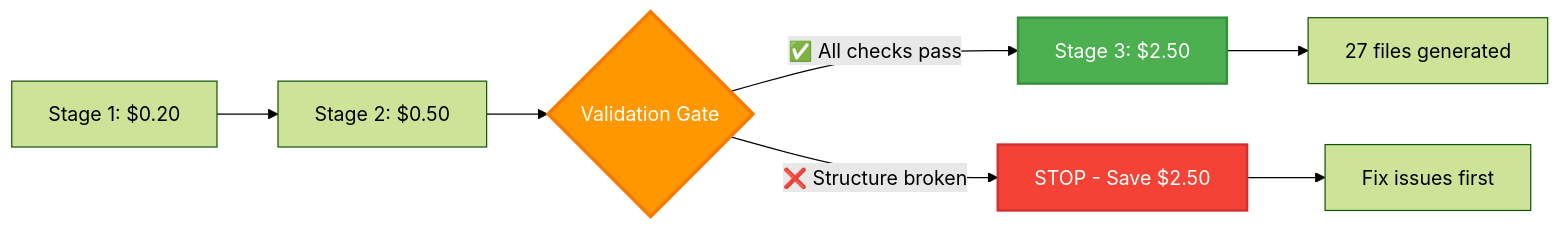
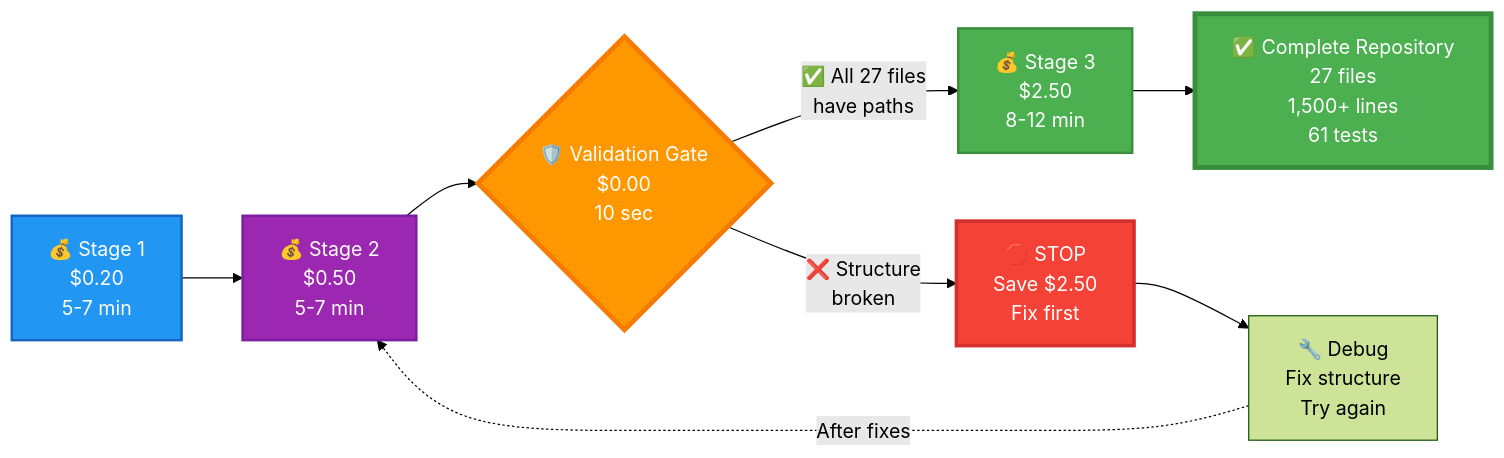
One commit to DivyamTalwar/BLUEPRINT changed the fifth of 6 diagrams in README.md. Above: the diagram before and after it, drawn with Mermaid (forest theme). The commit also changed other lines of this file, not shown here.

````diff
--- a/README.md
+++ b/README.md
@@ -244,15 +394,19 @@
 ```mermaid
 graph LR
-    A[Stage 1: $0.20] --> B[Stage 2: $0.50]
-    B --> C{Validation Gate}
+    A[💰 Stage 1<br/>$0.20<br/>5-7 min] --> B[💰 Stage 2<br/>$0.50<br/>5-7 min]
+    B --> C{🛡️ Validation Gate<br/>$0.00<br/>10 sec}
 
-    C -->|✅ All checks pass| D[Stage 3: $2.50]
-    C -->|❌ Structure broken| E[STOP - Save $2.50]
+    C -->|✅ All 27 files<br/>have paths| D[💰 Stage 3<br/>$2.50<br/>8-12 min]
+    C -->|❌ Structure<br/>broken| E[🛑 STOP<br/>Save $2.50<br/>Fix first]
 
-    D --> F[27 files generated]
-    E --> G[Fix issues first]
+    D --> F[✅ Complete Repository<br/>27 files<br/>1,500+ lines<br/>61 tests]
+    E --> G[🔧 Debug<br/>Fix structure<br/>Try again]
+    G -.->|After fixes| B
 
-    style C fill:#FF9800,stroke:#F57C00,stroke-width:3px,color:#fff
+    style A fill:#2196F3,stroke:#1565C0,stroke-width:2px,color:#fff
+    style B fill:#9C27B0,stroke:#7B1FA2,stroke-width:2px,color:#fff
+    style C fill:#FF9800,stroke:#F57C00,stroke-width:4px,color:#fff
     style D fill:#4CAF50,stroke:#388E3C,stroke-width:2px,color:#fff
-    style E fill:#F44336,stroke:#D32F2F,stroke-width:2px,color:#fff
+    style E fill:#F44336,stroke:#D32F2F,stroke-width:3px,color:#fff
+    style F fill:#4CAF50,stroke:#388E3C,stroke-width:4px,color:#fff
 ```
````
